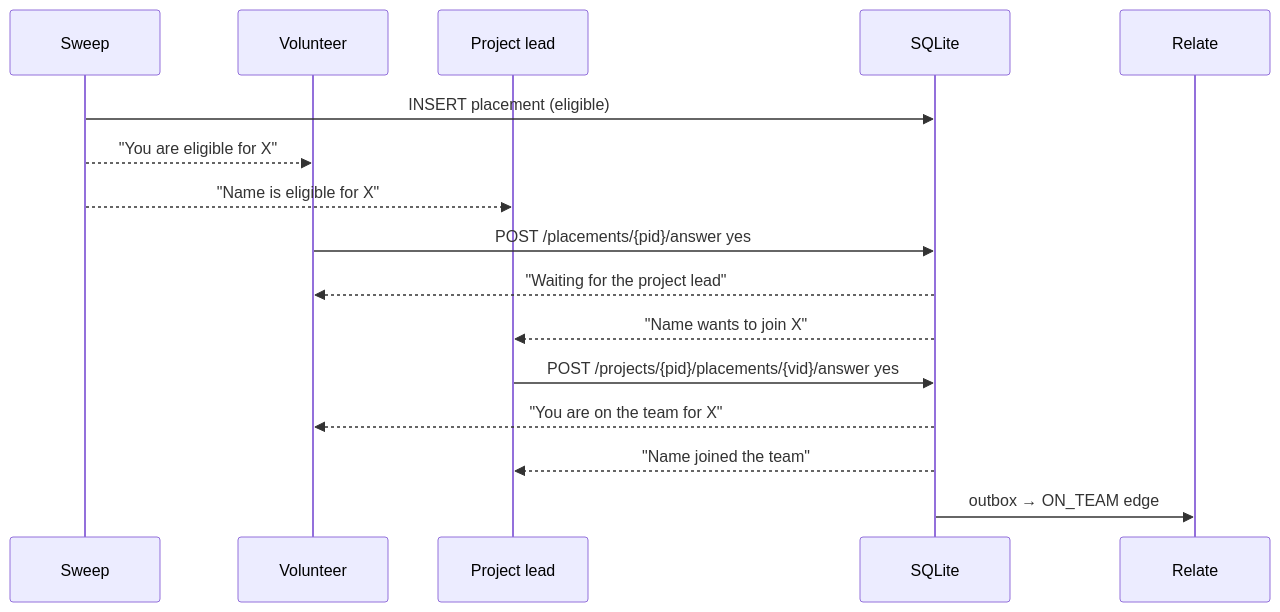
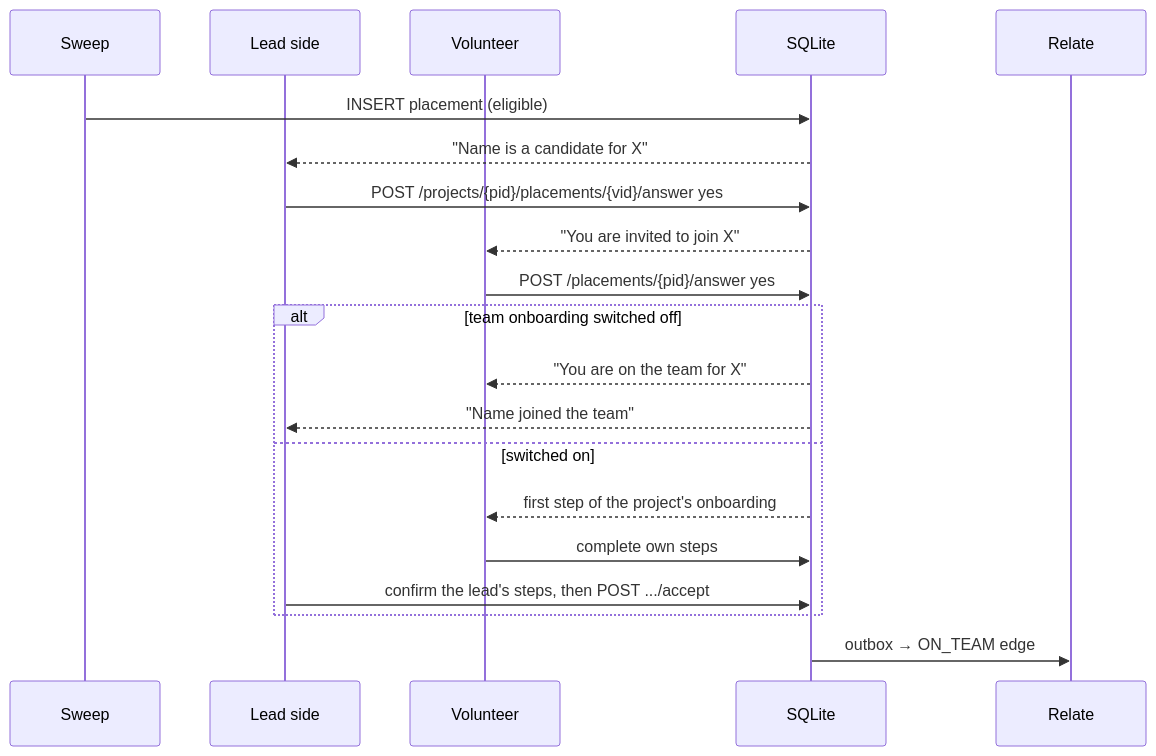
One commit to TheCyberScallywag/hackEntry changed the ninth of 13 diagrams in docs/content/project/solution-architecture.md. Above: the diagram before and after it, drawn with Mermaid. The commit also changed other lines of this file and 48 other files, not shown here.

````diff
--- a/docs/content/project/solution-architecture.md
+++ b/docs/content/project/solution-architecture.md
@@ -505,18 +566,22 @@
 ```mermaid
 sequenceDiagram
   participant W as Sweep
+  participant L as Lead side
   participant V as Volunteer
-  participant L as Project lead
   participant Q as SQLite
   participant R as Relate
   W->>Q: INSERT placement (eligible)
-  W-->>V: "You are eligible for X"
-  W-->>L: "Name is eligible for X"
+  Q-->>L: "Name is a candidate for X"
+  L->>Q: POST /projects/{pid}/placements/{vid}/answer yes
+  Q-->>V: "You are invited to join X"
   V->>Q: POST /placements/{pid}/answer yes
-  Q-->>V: "Waiting for the project lead"
-  Q-->>L: "Name wants to join X"
-  L->>Q: POST /projects/{pid}/placements/{vid}/answer yes
-  Q-->>V: "You are on the team for X"
-  Q-->>L: "Name joined the team"
+  alt team onboarding switched off
+    Q-->>V: "You are on the team for X"
+    Q-->>L: "Name joined the team"
+  else switched on
+    Q-->>V: first step of the project's onboarding
+    V->>Q: complete own steps
+    L->>Q: confirm the lead's steps, then POST .../accept
+  end
   Q->>R: outbox → ON_TEAM edge
 ```
````
